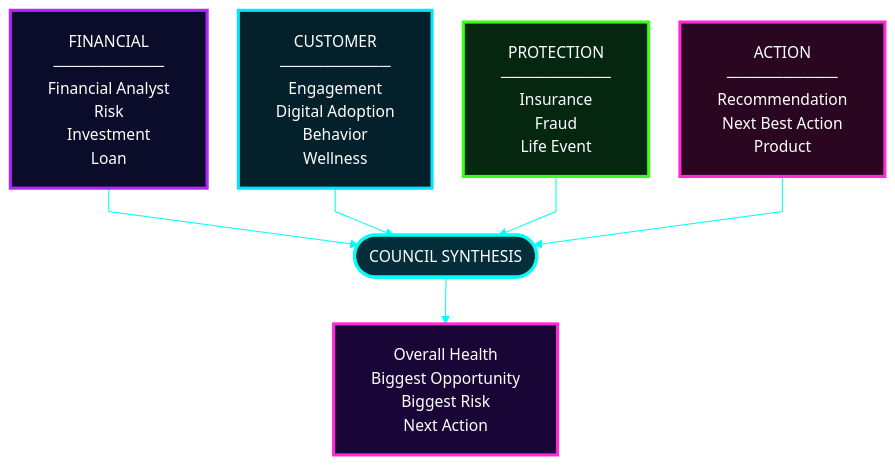
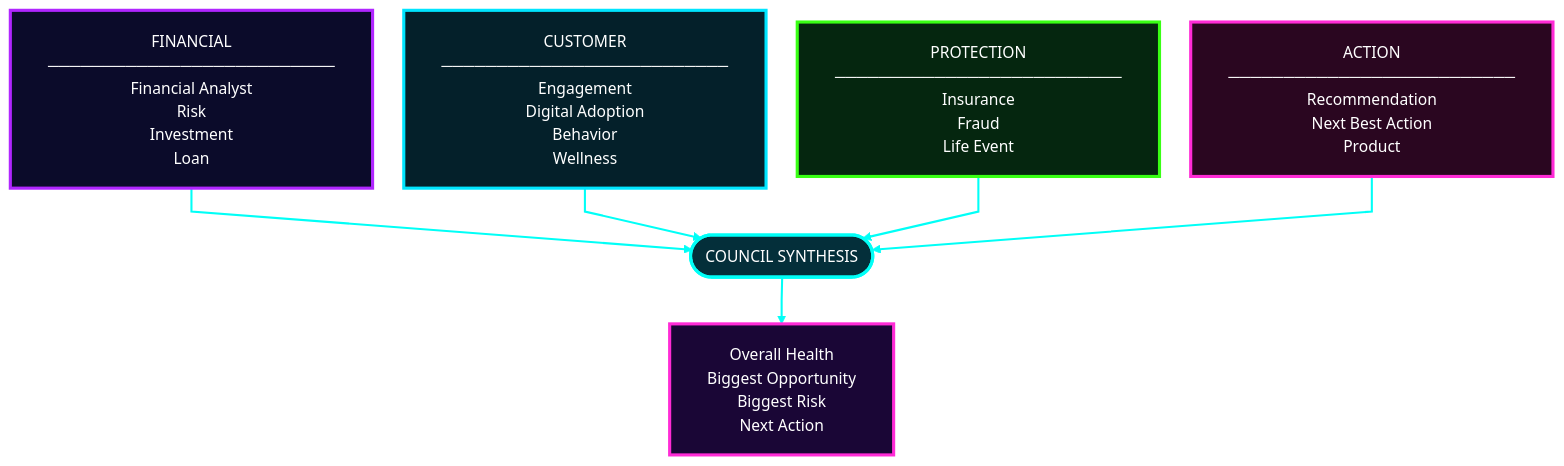
Diagram 11 of 17 in README.md (Mansi232323/MANSHORA), drawn with Mermaid before and after one commit. The commit also changed other lines of this file, not shown here.

````diff
--- a/README.md
+++ b/README.md
@@ -394,25 +402,26 @@
 ```mermaid
 %%{init: {'theme':'base','themeVariables':{'fontSize':'15px','fontFamily':'Arial, Helvetica, sans-serif','primaryColor':'#0b0b2a','primaryTextColor':'#ffffff','primaryBorderColor':'#b026ff','lineColor':'#00fff7','textColor':'#ffffff','edgeLabelBackground':'#0b0b2a'},'flowchart':{'htmlLabels':false,'nodeSpacing':30,'rankSpacing':45,'padding':18,'curve':'linear'}}}%%
 flowchart TB
-    G1["FINANCIAL<br/>──────────<br/>Financial Analyst<br/>Risk<br/>Investment<br/>Loan"]
-    G2["CUSTOMER<br/>──────────<br/>Engagement<br/>Digital Adoption<br/>Behavior<br/>Wellness"]
-    G3["PROTECTION<br/>──────────<br/>Insurance<br/>Fraud<br/>Life Event"]
-    G4["ACTION<br/>──────────<br/>Recommendation<br/>Next Best Action<br/>Product"]
+    G1["FINANCIAL<br/>──────────────────────────<br/>Financial Analyst<br/>Risk<br/>Investment<br/>Loan"]
+    G2["CUSTOMER<br/>──────────────────────────<br/>Engagement<br/>Digital Adoption<br/>Behavior<br/>Wellness"]
+    G3["PROTECTION<br/>──────────────────────────<br/>Insurance<br/>Fraud<br/>Life Event"]
+    G4["ACTION<br/>──────────────────────────<br/>Recommendation<br/>Next Best Action<br/>Product"]
     G1 --> S
     G2 --> S
     G3 --> S
     G4 --> S
     S(["COUNCIL SYNTHESIS"]) --> R["Overall Health<br/>Biggest Opportunity<br/>Biggest Risk<br/>Next Action"]
     classDef g1 fill:#0b0b2a,stroke:#b026ff,stroke-width:3px,color:#ffffff
     classDef g2 fill:#04202a,stroke:#00e5ff,stroke-width:3px,color:#ffffff
     classDef g3 fill:#05260f,stroke:#39ff14,stroke-width:3px,color:#ffffff
     classDef g4 fill:#2a0620,stroke:#ff2bd6,stroke-width:3px,color:#ffffff
     classDef core fill:#042f3a,stroke:#00fff7,stroke-width:3px,color:#ffffff
     classDef out fill:#1a0636,stroke:#ff2bd6,stroke-width:3px,color:#ffffff
     class G1 g1
     class G2 g2
     class G3 g3
     class G4 g4
     class S core
     class R out
+    linkStyle default fill:none,stroke:#00fff7,stroke-width:2px
 ```
````
